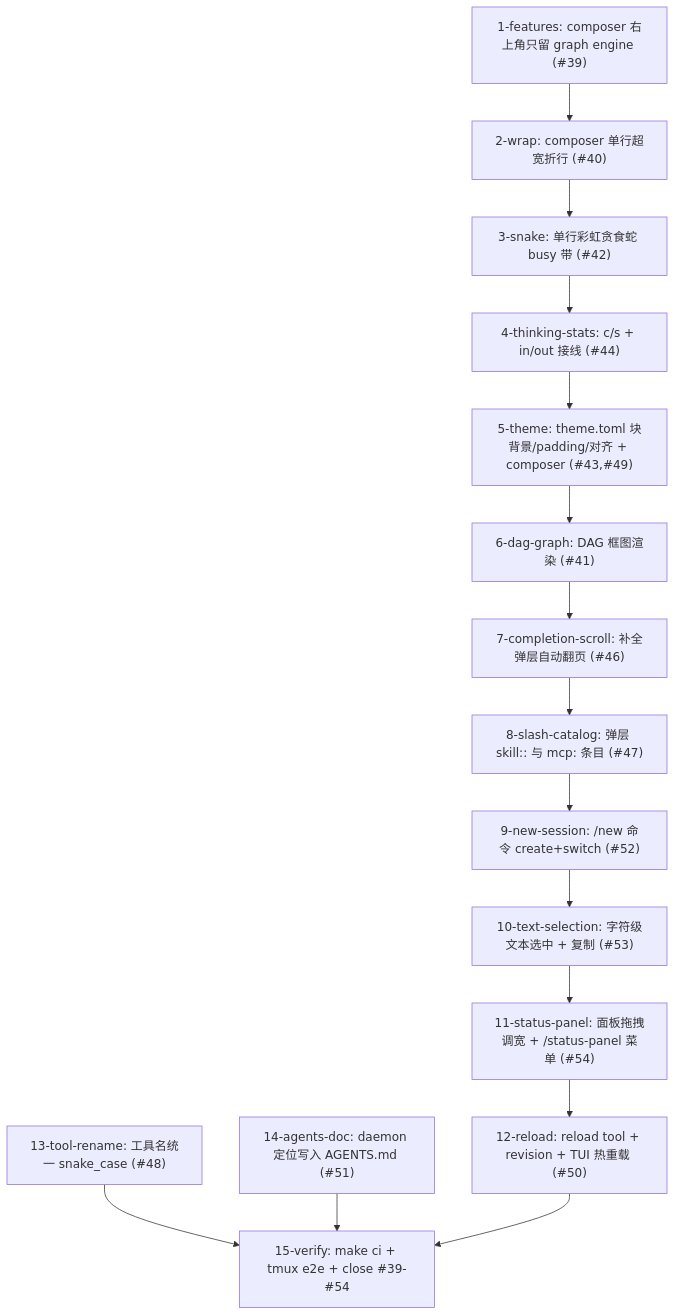
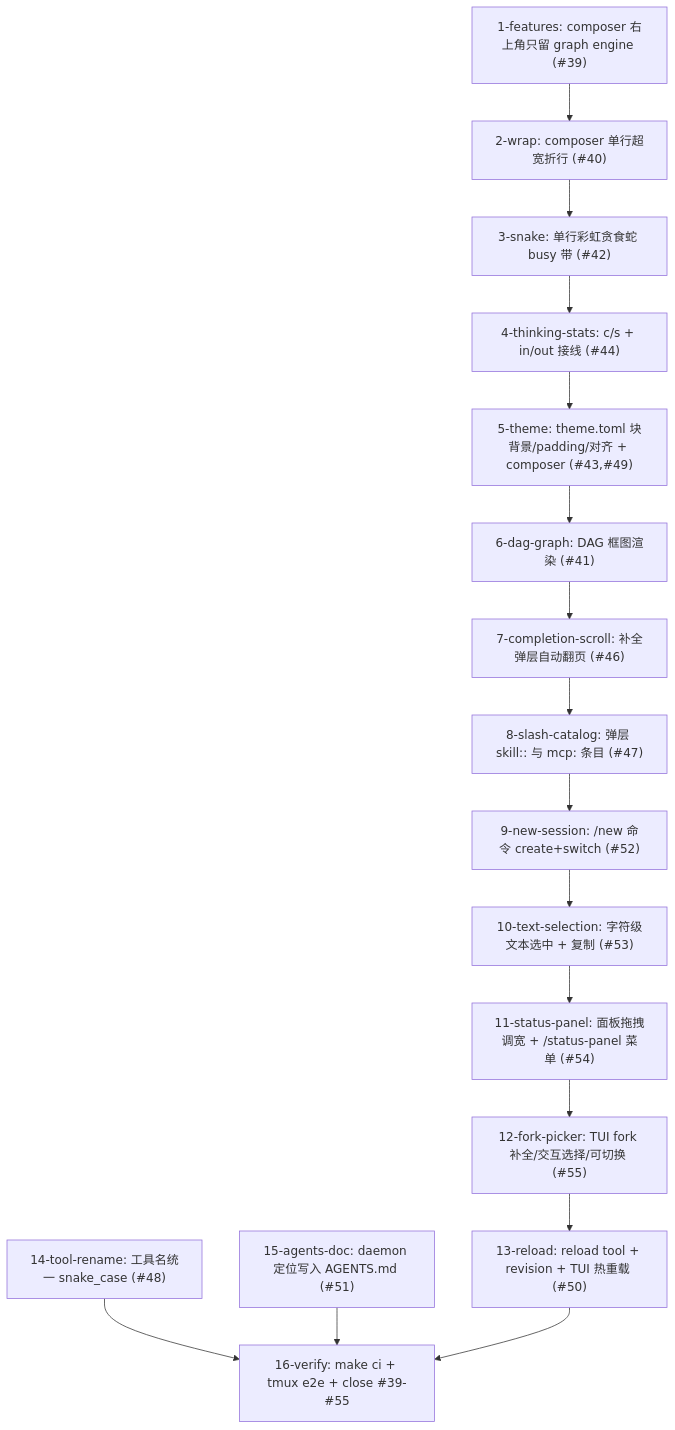
Before and after one commit to ptlzc/theway: the diagram in openspec/changes/tui-batch-polish/tasks.md, drawn with Mermaid. The commit also changed other lines of this file and 1 other file, not shown here.

Commit message:
docs(#55): TUI fork 补齐入列（12-fork-picker：补全 + 交互选择 + fork 后可切换）

````diff
--- a/openspec/changes/tui-batch-polish/tasks.md
+++ b/openspec/changes/tui-batch-polish/tasks.md
@@ -3,17 +3,18 @@
 ```mermaid
 graph TD
   A["1-features: composer 右上角只留 graph engine (#39)"] --> B["2-wrap: composer 单行超宽折行 (#40)"]
   B --> C["3-snake: 单行彩虹贪食蛇 busy 带 (#42)"]
   C --> D["4-thinking-stats: c/s + in/out 接线 (#44)"]
   D --> E["5-theme: theme.toml 块背景/padding/对齐 + composer (#43,#49)"]
   E --> F["6-dag-graph: DAG 框图渲染 (#41)"]
   F --> G["7-completion-scroll: 补全弹层自动翻页 (#46)"]
   G --> H["8-slash-catalog: 弹层 skill:: 与 mcp: 条目 (#47)"]
   H --> I["9-new-session: /new 命令 create+switch (#52)"]
   I --> J["10-text-selection: 字符级文本选中 + 复制 (#53)"]
   J --> K["11-status-panel: 面板拖拽调宽 + /status-panel 菜单 (#54)"]
-  K --> L["12-reload: reload tool + revision + TUI 热重载 (#50)"]
-  M["13-tool-rename: 工具名统一 snake_case (#48)"] --> O["15-verify"]
-  N["14-agents-doc: daemon 定位写入 AGENTS.md (#51)"] --> O["15-verify"]
-  L --> O["15-verify: make ci + tmux e2e + close #39-#54"]
+  K --> L["12-fork-picker: TUI fork 补全/交互选择/可切换 (#55)"]
+  L --> M["13-reload: reload tool + revision + TUI 热重载 (#50)"]
+  N["14-tool-rename: 工具名统一 snake_case (#48)"] --> P["16-verify"]
+  O["15-agents-doc: daemon 定位写入 AGENTS.md (#51)"] --> P["16-verify"]
+  M --> P["16-verify: make ci + tmux e2e + close #39-#55"]
 ```
````
